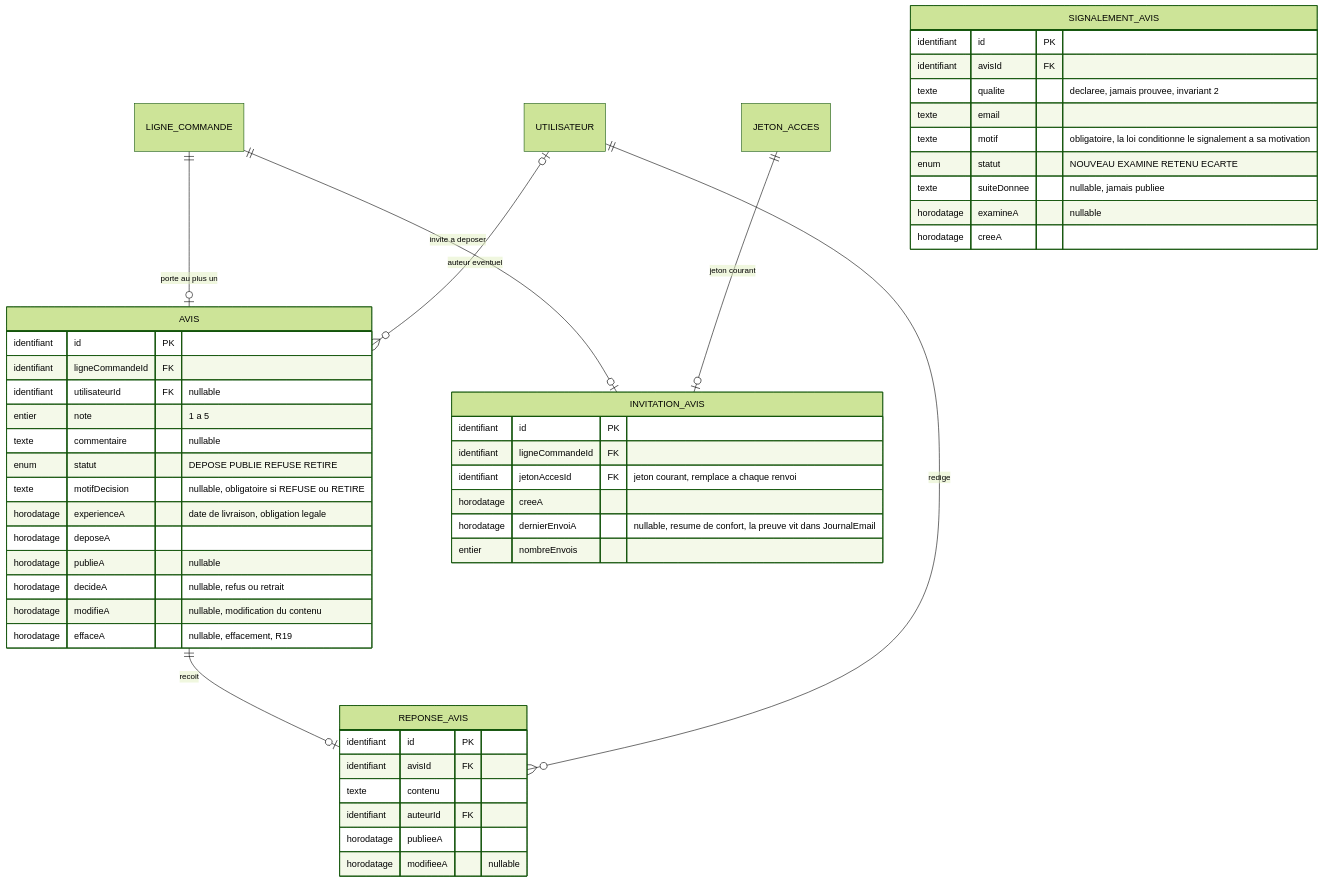
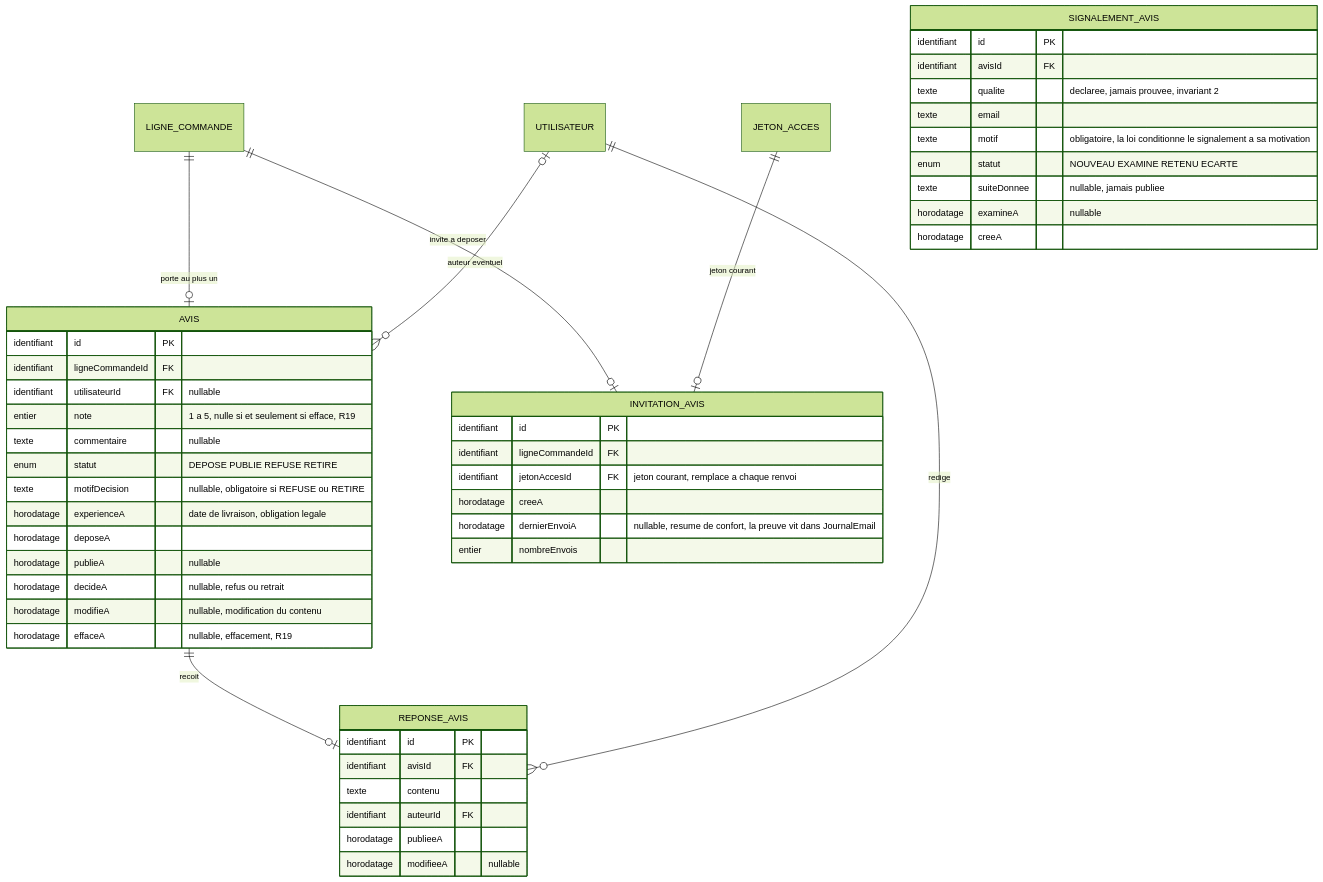
Before and after one commit to krismos64/lune-soleil: the eighth of 9 diagrams in docs/architecture/MODELE-CONCEPTUEL.md, drawn with Mermaid (forest theme). The commit also changed other lines of this file and 24 other files, not shown here.

````diff
--- a/docs/architecture/MODELE-CONCEPTUEL.md
+++ b/docs/architecture/MODELE-CONCEPTUEL.md
@@ -1137,52 +1137,52 @@
 ```mermaid
 erDiagram
     LIGNE_COMMANDE ||--o| AVIS : "porte au plus un"
     LIGNE_COMMANDE ||--o| INVITATION_AVIS : "invite a deposer"
     JETON_ACCES ||--o| INVITATION_AVIS : "jeton courant"
     AVIS ||--o| REPONSE_AVIS : "recoit"
     UTILISATEUR ||--o{ REPONSE_AVIS : "redige"
     UTILISATEUR |o--o{ AVIS : "auteur eventuel"
 
     AVIS {
         identifiant id PK
         identifiant ligneCommandeId FK
         identifiant utilisateurId FK "nullable"
-        entier note "1 a 5"
+        entier note "1 a 5, nulle si et seulement si efface, R19"
         texte commentaire "nullable"
         enum statut "DEPOSE PUBLIE REFUSE RETIRE"
         texte motifDecision "nullable, obligatoire si REFUSE ou RETIRE"
         horodatage experienceA "date de livraison, obligation legale"
         horodatage deposeA
         horodatage publieA "nullable"
         horodatage decideA "nullable, refus ou retrait"
         horodatage modifieA "nullable, modification du contenu"
         horodatage effaceA "nullable, effacement, R19"
     }
     REPONSE_AVIS {
         identifiant id PK
         identifiant avisId FK
         texte contenu
         identifiant auteurId FK
         horodatage publieeA
         horodatage modifieeA "nullable"
     }
     INVITATION_AVIS {
         identifiant id PK
         identifiant ligneCommandeId FK
         identifiant jetonAccesId FK "jeton courant, remplace a chaque renvoi"
         horodatage creeA
         horodatage dernierEnvoiA "nullable, resume de confort, la preuve vit dans JournalEmail"
         entier nombreEnvois
     }
     SIGNALEMENT_AVIS {
         identifiant id PK
         identifiant avisId FK
         texte qualite "declaree, jamais prouvee, invariant 2"
         texte email
         texte motif "obligatoire, la loi conditionne le signalement a sa motivation"
         enum statut "NOUVEAU EXAMINE RETENU ECARTE"
         texte suiteDonnee "nullable, jamais publiee"
         horodatage examineA "nullable"
         horodatage creeA
     }
 ```
````
